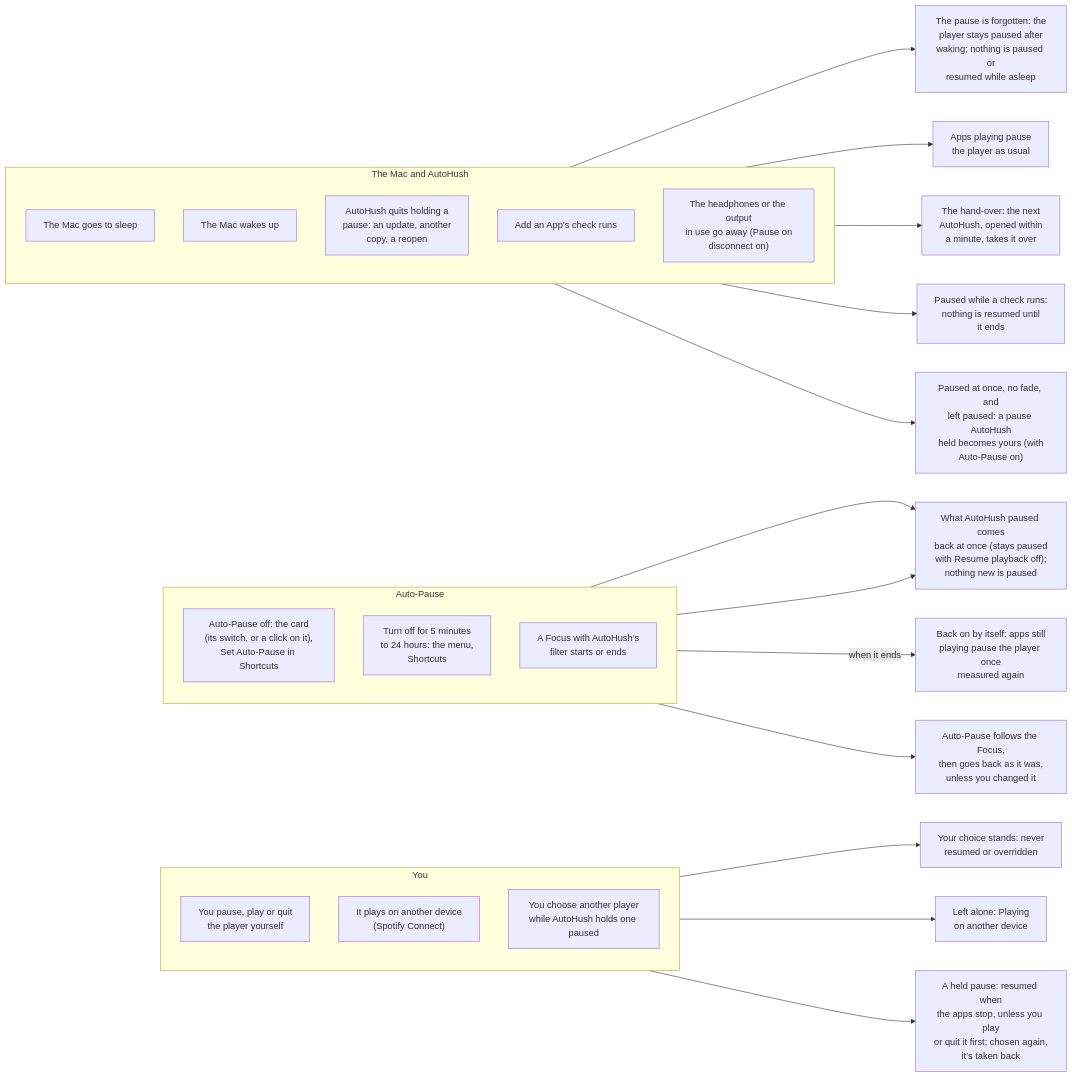
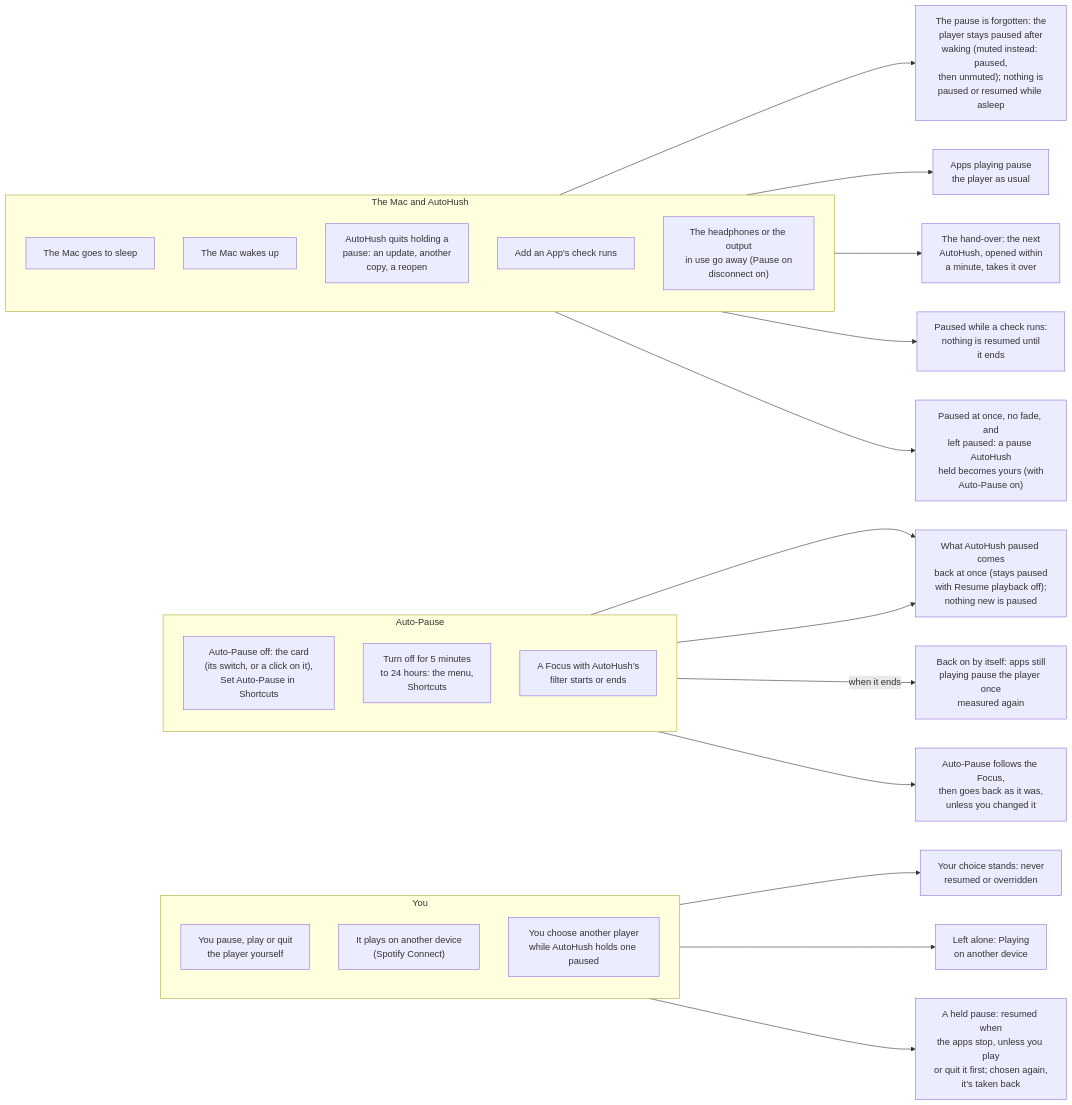
The fourth of 14 diagrams in WORKFLOWS.md (hfustercabre/AutoHush), drawn with Mermaid before and after one commit. The commit also changed other lines of this file and 39 other files, not shown here.

````diff
--- a/WORKFLOWS.md
+++ b/WORKFLOWS.md
@@ -226,47 +229,47 @@
 ```mermaid
 flowchart LR
   subgraph YOU["You"]
     direction TB
     E1["You pause, play or quit<br/>the player yourself"]
     E2["It plays on another device<br/>(Spotify Connect)"]
     E3["You choose another player<br/>while AutoHush holds one paused"]
   end
   subgraph AUTO["Auto-Pause"]
     direction TB
     E4["Auto-Pause off: the card<br/>(its switch, or a click on it),<br/>Set Auto-Pause in Shortcuts"]
     E5["Turn off for 5 minutes<br/>to 24 hours: the menu,<br/>Shortcuts"]
     E6["A Focus with AutoHush’s<br/>filter starts or ends"]
   end
   subgraph MAC["The Mac and AutoHush"]
     direction TB
     E7["The Mac goes to sleep"]
     E8["The Mac wakes up"]
     E9["AutoHush quits holding a<br/>pause: an update, another<br/>copy, a reopen"]
     E10["Add an App’s check runs"]
     E11["The headphones or the output<br/>in use go away (Pause on<br/>disconnect on)"]
   end
   R1["Your choice stands: never<br/>resumed or overridden"]
   R2["Left alone: Playing<br/>on another device"]
   R3["A held pause: resumed when<br/>the apps stop, unless you play<br/>or quit it first; chosen again,<br/>it’s taken back"]
   R4["What AutoHush paused comes<br/>back at once (stays paused<br/>with Resume playback off);<br/>nothing new is paused"]
   R5["Back on by itself: apps still<br/>playing pause the player once<br/>measured again"]
   R6["Auto-Pause follows the Focus,<br/>then goes back as it was,<br/>unless you changed it"]
-  R7["The pause is forgotten: the<br/>player stays paused after<br/>waking; nothing is paused or<br/>resumed while asleep"]
+  R7["The pause is forgotten: the<br/>player stays paused after<br/>waking (muted instead: paused,<br/>then unmuted); nothing is<br/>paused or resumed while asleep"]
   R8["Apps playing pause<br/>the player as usual"]
   R9["The hand-over: the next<br/>AutoHush, opened within<br/>a minute, takes it over"]
   R10["Paused while a check runs:<br/>nothing is resumed until<br/>it ends"]
   R11["Paused at once, no fade, and<br/>left paused: a pause AutoHush<br/>held becomes yours (with<br/>Auto-Pause on)"]
 
   E1 --> R1
   E2 --> R2
   E3 --> R3
   E4 --> R4
   E5 --> R4
   E5 -->|"when it ends"| R5
   E6 --> R6
   E7 --> R7
   E8 --> R8
   E9 --> R9
   E10 --> R10
   E11 --> R11
 ```
````
